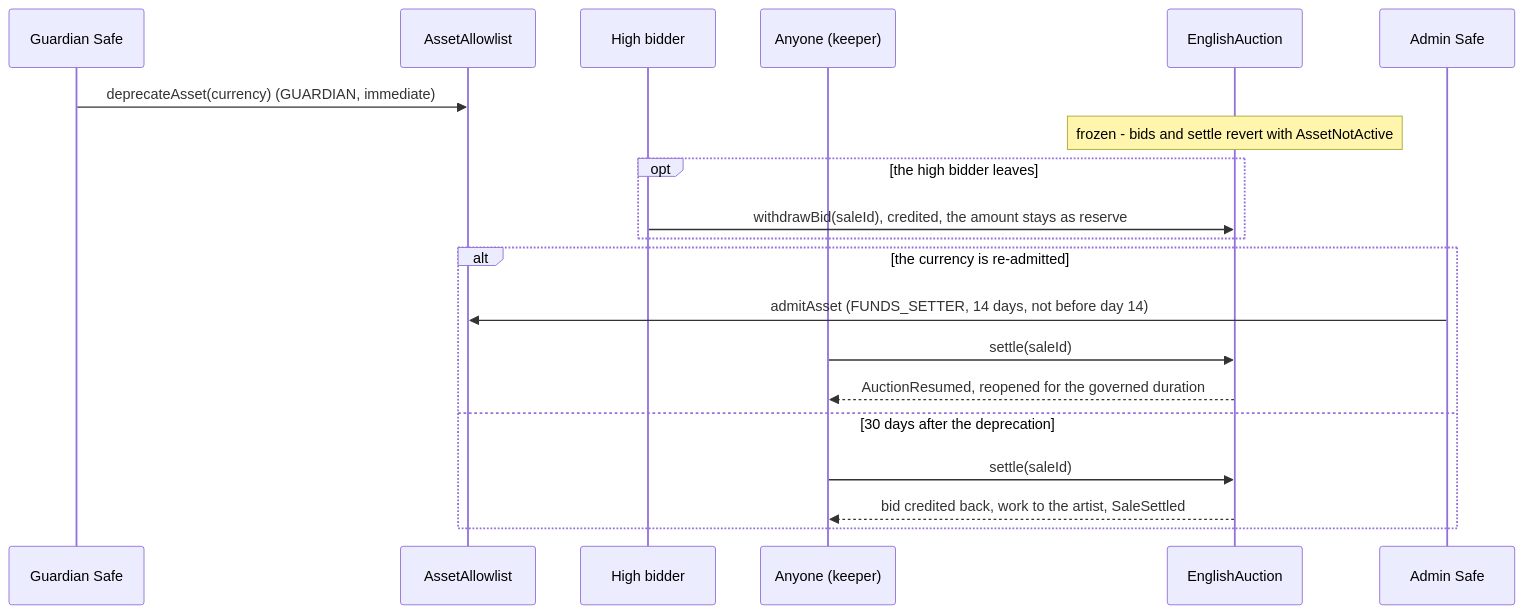
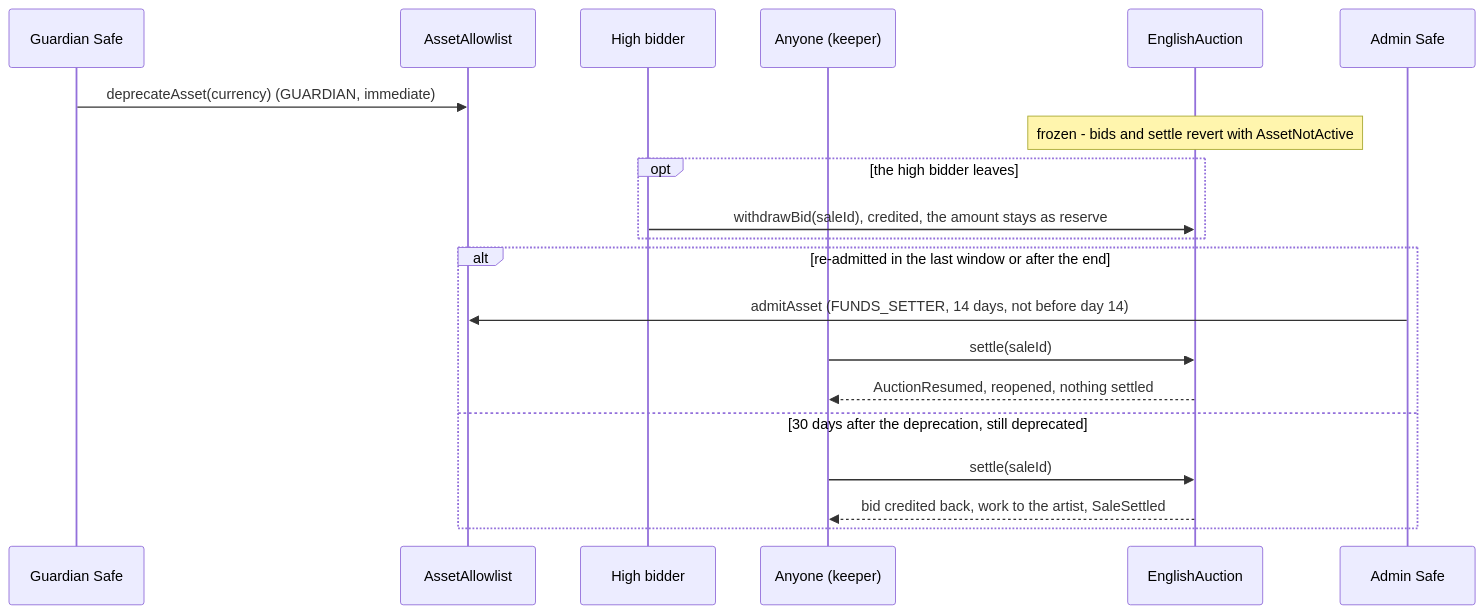
The eighth of 11 diagrams in docs/spec/stream-and-auctions.md (6529-Collections/6529-works), drawn with Mermaid before and after one commit. The commit also changed other lines of this file and 36 other files, not shown here.

````diff
--- a/docs/spec/stream-and-auctions.md
+++ b/docs/spec/stream-and-auctions.md
@@ -489,22 +422,22 @@
 ```mermaid
 sequenceDiagram
     participant Guardian as Guardian Safe
     participant Allowlist as AssetAllowlist
     participant Bidder as High bidder
     participant Keeper as Anyone (keeper)
     participant Auction as EnglishAuction
     participant Admin as Admin Safe
     Guardian->>Allowlist: deprecateAsset(currency) (GUARDIAN, immediate)
     Note over Auction: frozen - bids and settle revert with AssetNotActive
     opt the high bidder leaves
         Bidder->>Auction: withdrawBid(saleId), credited, the amount stays as reserve
     end
-    alt the currency is re-admitted
+    alt re-admitted in the last window or after the end
         Admin->>Allowlist: admitAsset (FUNDS_SETTER, 14 days, not before day 14)
         Keeper->>Auction: settle(saleId)
-        Auction-->>Keeper: AuctionResumed, reopened for the governed duration
-    else 30 days after the deprecation
+        Auction-->>Keeper: AuctionResumed, reopened, nothing settled
+    else 30 days after the deprecation, still deprecated
         Keeper->>Auction: settle(saleId)
         Auction-->>Keeper: bid credited back, work to the artist, SaleSettled
     end
 ```
````
